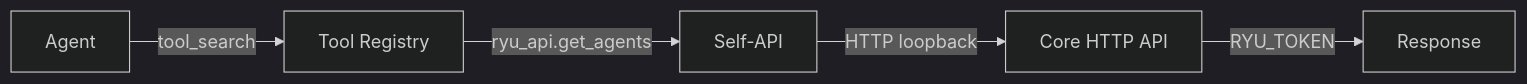
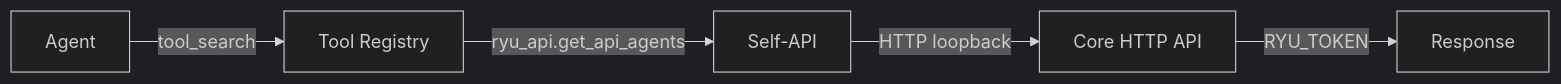
The diagram in content/docs/extend/develop/extensions/self-api.mdx (amajorai/ryu-docs), drawn with Mermaid (dark theme) before and after one commit. The commit also changed other lines of this file and 2538 other files, not shown here.

````diff
--- a/content/docs/extend/develop/extensions/self-api.mdx
+++ b/content/docs/extend/develop/extensions/self-api.mdx
@@ -13,7 +13,7 @@
 ```mermaid
 flowchart LR
   A[Agent] -->|"tool_search"| TR[Tool Registry]
-  TR -->|"ryu_api.get_agents"| S[Self-API]
+  TR -->|"ryu_api.get_api_agents"| S[Self-API]
   S -->|"HTTP loopback"| CORE[Core HTTP API]
   CORE -->|"RYU_TOKEN"| RESP[Response]
 ```
````
